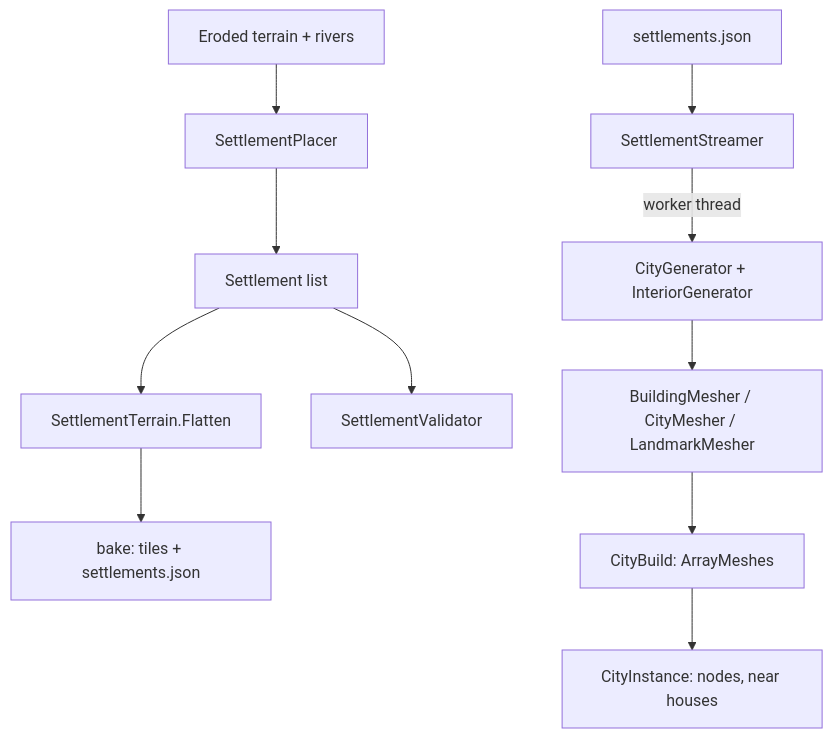
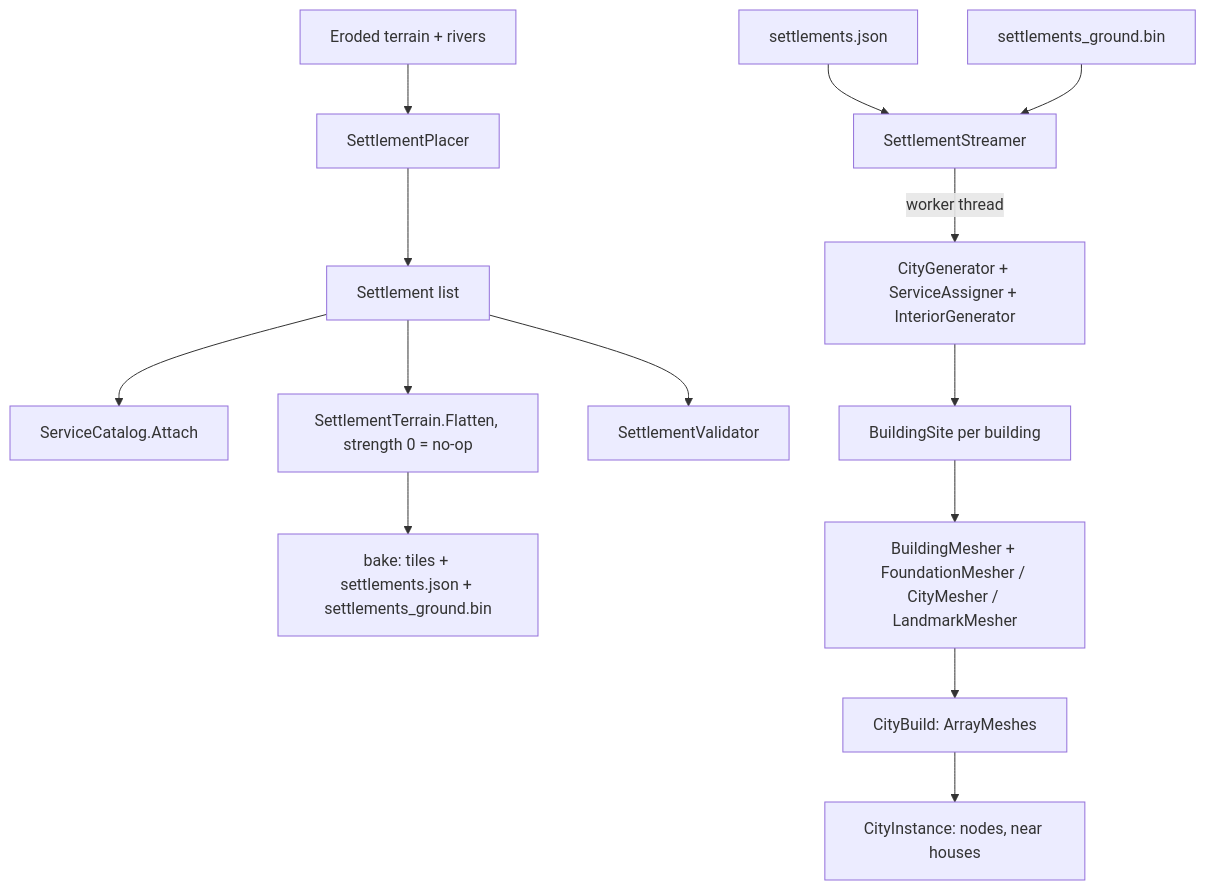
Before and after one commit to huuuda-aus/big-ass-world: the diagram in docs/systems/settlements.md, drawn with Mermaid. The commit also changed other lines of this file and 145 other files, not shown here.

First line of the commit message:
feat(settlements): cities on natural ground, service buildings, mountain city, step climbing

````diff
--- a/docs/systems/settlements.md
+++ b/docs/systems/settlements.md
@@ -18,13 +20,16 @@
 ```mermaid
 graph TD
   TERRAIN[Eroded terrain + rivers] --> PLACER[SettlementPlacer]
   PLACER --> LIST[Settlement list]
-  LIST --> FLAT[SettlementTerrain.Flatten]
-  FLAT --> BAKE[bake: tiles + settlements.json]
+  LIST --> SVC[ServiceCatalog.Attach]
+  LIST --> FLAT[SettlementTerrain.Flatten, strength 0 = no-op]
+  FLAT --> BAKE[bake: tiles + settlements.json + settlements_ground.bin]
   LIST --> VAL[SettlementValidator]
   JSON[settlements.json] --> STREAMER[SettlementStreamer]
-  STREAMER -->|worker thread| CITYGEN[CityGenerator + InteriorGenerator]
-  CITYGEN --> MESH[BuildingMesher / CityMesher / LandmarkMesher]
+  STREAMER -->|worker thread| CITYGEN[CityGenerator + ServiceAssigner + InteriorGenerator]
+  GROUND[settlements_ground.bin] --> STREAMER
+  CITYGEN --> SITE[BuildingSite per building]
+  SITE --> MESH[BuildingMesher + FoundationMesher / CityMesher / LandmarkMesher]
   MESH --> BUILD[CityBuild: ArrayMeshes]
   BUILD --> INSTANCE[CityInstance: nodes, near houses]
 ```
````
